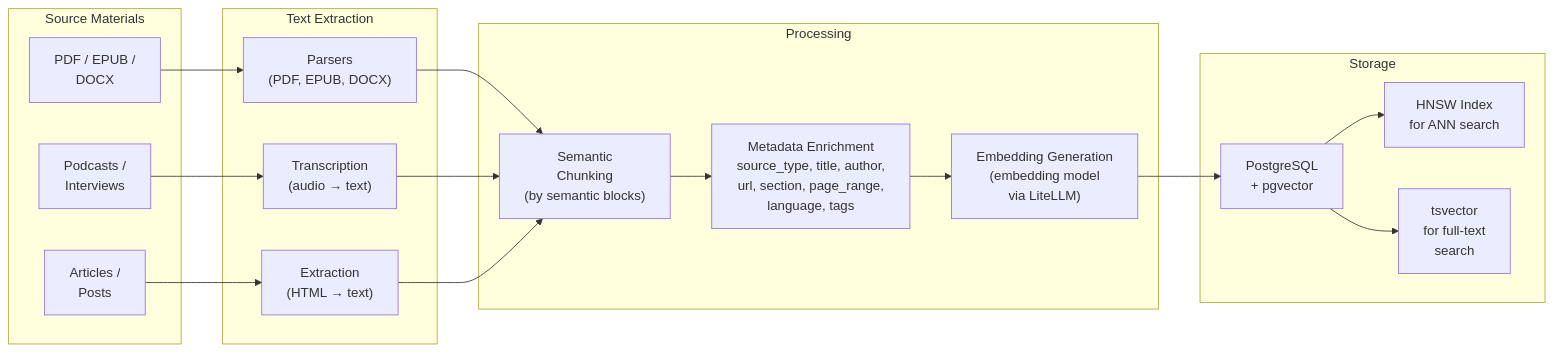
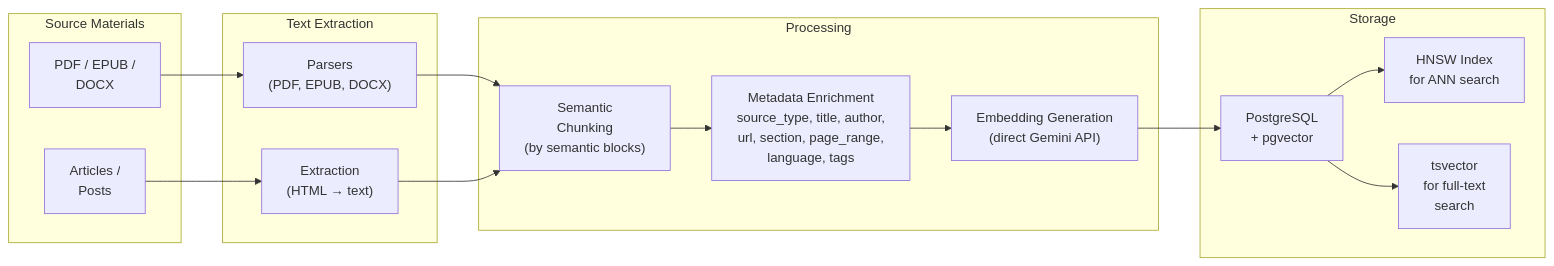
One commit to itechmeat/twype-voice changed diagram 15 of 25 in docs/architecture.md. Above: the diagram before and after it, drawn with Mermaid. The commit also changed other lines of this file and 68 other files, not shown here.

````diff
--- a/docs/architecture.md
+++ b/docs/architecture.md
@@ -712,39 +712,35 @@
 ```mermaid
 flowchart LR
     subgraph SOURCES["Source Materials"]
         PDF["PDF / EPUB /<br/>DOCX"]
-        AUDIO["Podcasts /<br/>Interviews"]
         WEB["Articles /<br/>Posts"]
     end
 
     subgraph EXTRACT["Text Extraction"]
         PARSER["Parsers<br/>(PDF, EPUB, DOCX)"]
-        TRANSCRIBE["Transcription<br/>(audio → text)"]
         SCRAPER["Extraction<br/>(HTML → text)"]
     end
 
     subgraph PROCESS["Processing"]
         CHUNK["Semantic<br/>Chunking<br/>(by semantic blocks)"]
         META["Metadata Enrichment<br/>source_type, title, author,<br/>url, section, page_range,<br/>language, tags"]
-        EMBED["Embedding Generation<br/>(embedding model<br/>via LiteLLM)"]
+        EMBED["Embedding Generation<br/>(direct Gemini API)"]
     end
 
     subgraph STORE["Storage"]
         PG["PostgreSQL<br/>+ pgvector"]
         IDX["HNSW Index<br/>for ANN search"]
         FTS["tsvector<br/>for full-text<br/>search"]
     end
 
     PDF --> PARSER
-    AUDIO --> TRANSCRIBE
     WEB --> SCRAPER
 
     PARSER --> CHUNK
-    TRANSCRIBE --> CHUNK
     SCRAPER --> CHUNK
 
     CHUNK --> META --> EMBED
     EMBED --> PG
     PG --> IDX
     PG --> FTS
 ```
````
